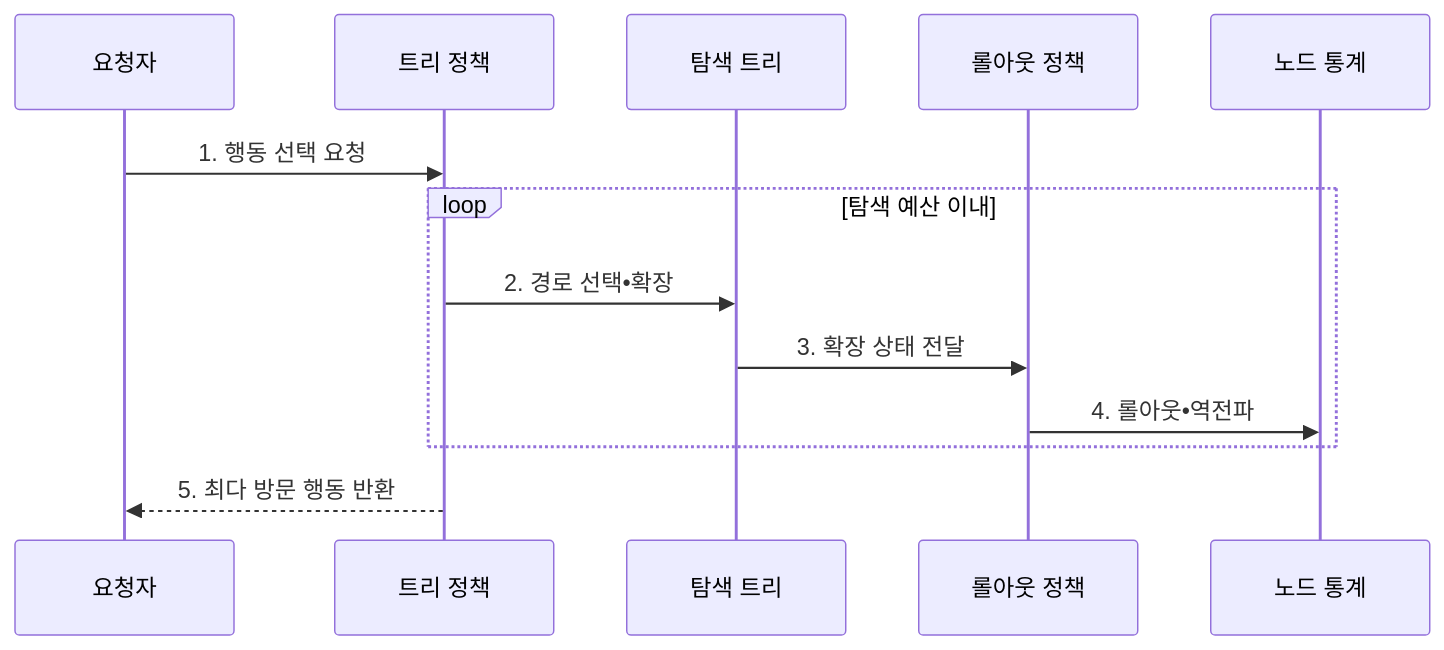
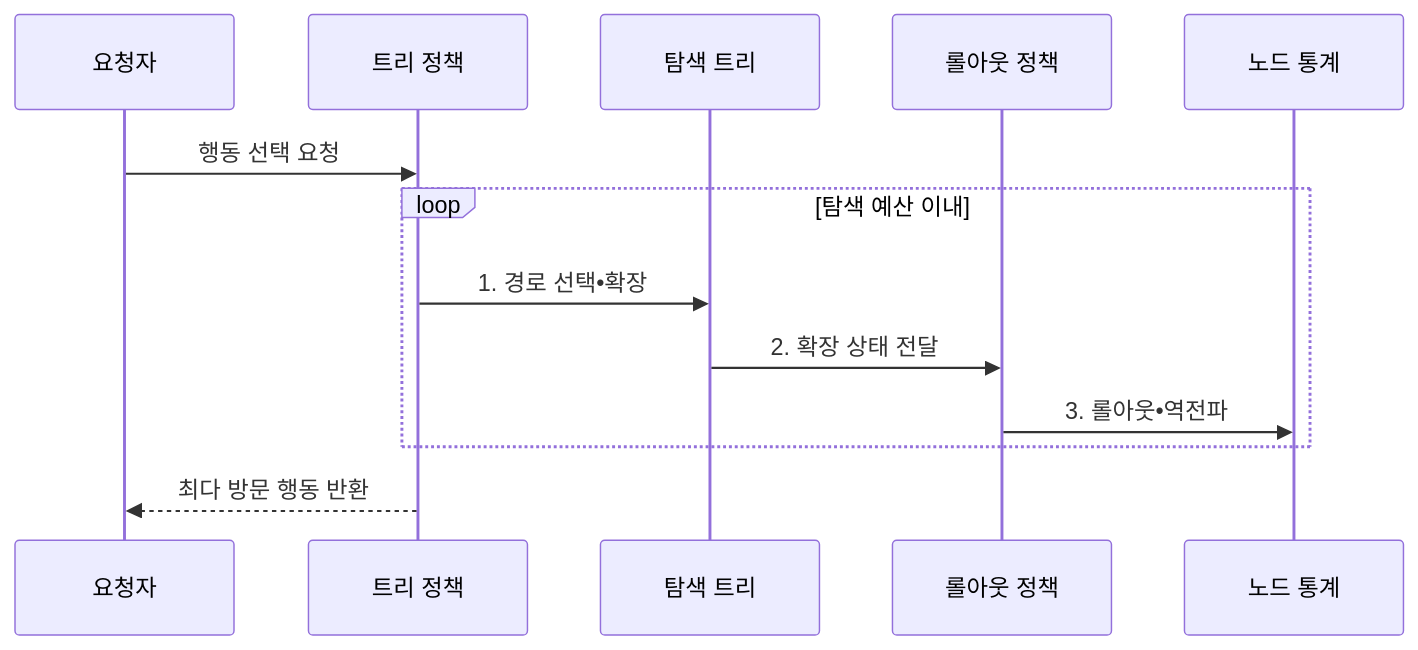
The second of 2 diagrams in src/content/docs/notes/01-basic-theory/018_mcts.md (agnusdei1207/knowledge-base), drawn with Mermaid before and after one commit. The commit also changed other lines of this file and 17 other files, not shown here.

````diff
--- a/src/content/docs/notes/01-basic-theory/018_mcts.md
+++ b/src/content/docs/notes/01-basic-theory/018_mcts.md
@@ -94,15 +93,15 @@
 ```mermaid
 sequenceDiagram
     participant Q as 요청자
     participant T as 트리 정책
     participant R as 탐색 트리
     participant P as 롤아웃 정책
     participant S as 노드 통계
-    Q->>T: 1. 행동 선택 요청
+    Q->>T: 행동 선택 요청
     loop 탐색 예산 이내
-        T->>R: 2. 경로 선택•확장
-        R->>P: 3. 확장 상태 전달
-        P->>S: 4. 롤아웃•역전파
+        T->>R: 1. 경로 선택•확장
+        R->>P: 2. 확장 상태 전달
+        P->>S: 3. 롤아웃•역전파
     end
-    T-->>Q: 5. 최다 방문 행동 반환
+    T-->>Q: 최다 방문 행동 반환
 ```
````
